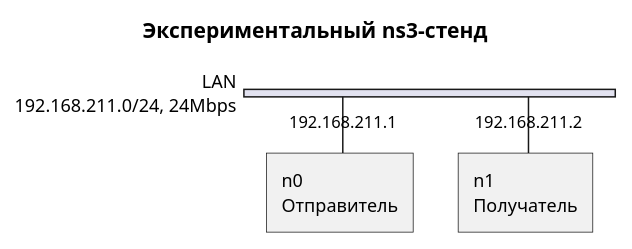
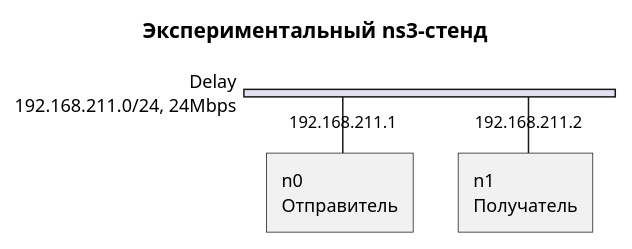
One commit to comeillfoo/telecom-netsys-design-5 changed the diagram in network.pu. Above: the diagram before and after it, drawn with PlantUML.

Commit message:
feat: params in network diagram

```diff
--- a/network.pu
+++ b/network.pu
@@ -1,12 +1,13 @@
 @startuml
 
 title Экспериментальный ns3-стенд
 nwdiag {
     network LAN {
+        description = "Delay"
         address = "192.168.211.0/24, 24Mbps";
         laptop [address = "192.168.211.1", description = "n0\nОтправитель"];
         mobile_phone [address = "192.168.211.2", description = "n1\nПолучатель"];
     }
 }
 
 @enduml
```
